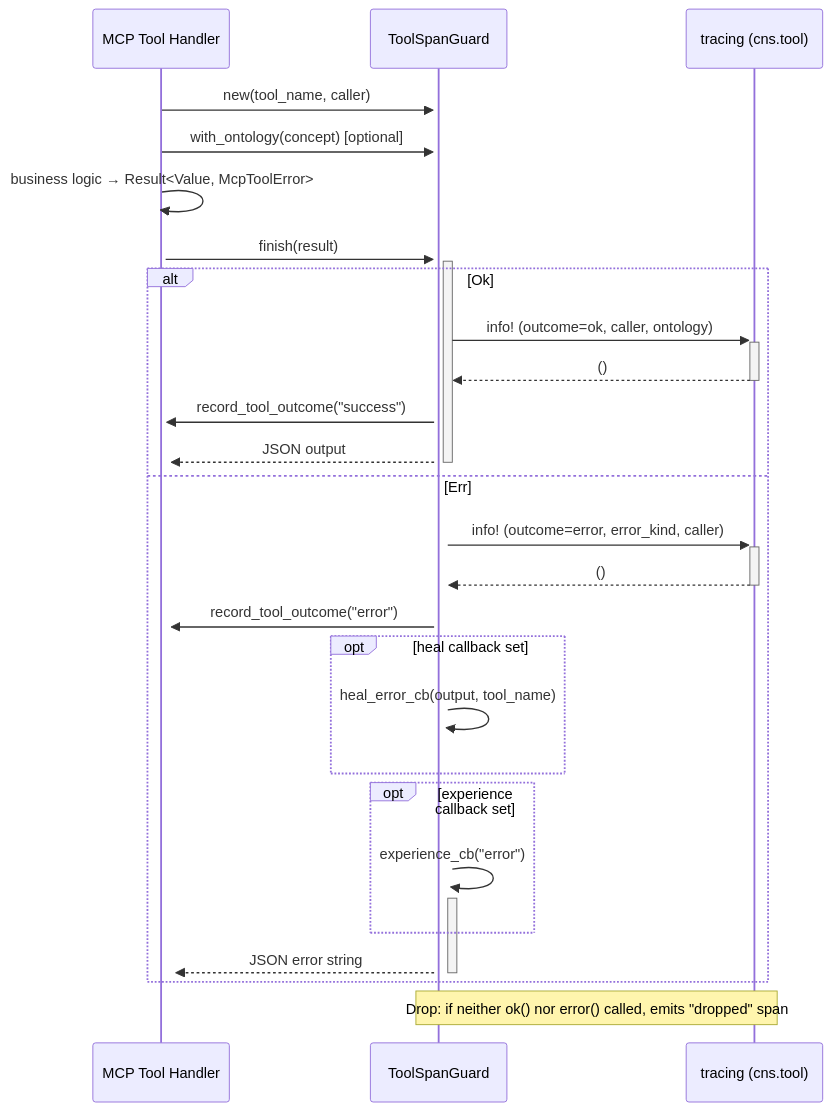
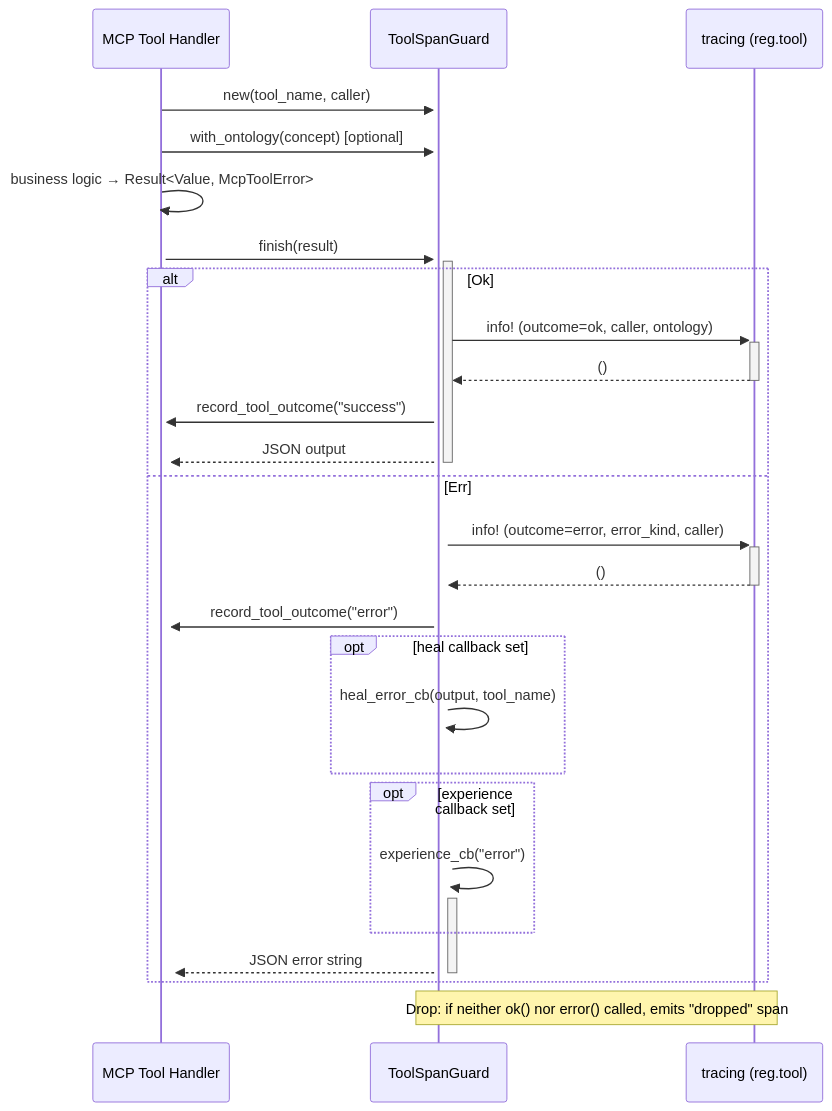
Before and after one commit to mdz-axo/hKask: diagram 13 of 15 in docs/explanation/architecture-patterns.md, drawn with Mermaid. The commit also changed other lines of this file and 68 other files, not shown here.

````diff
--- a/docs/explanation/architecture-patterns.md
+++ b/docs/explanation/architecture-patterns.md
@@ -2096,31 +2096,31 @@
 ```mermaid
 sequenceDiagram
     participant Tool as MCP Tool Handler
     participant Guard as ToolSpanGuard
-    participant Log as tracing (cns.tool)
+    participant Log as tracing (reg.tool)
 
     Tool->>+Guard: new(tool_name, caller)
     Tool->>+Guard: with_ontology(concept) [optional]
     Tool->>+Tool: business logic → Result<Value, McpToolError>
     Tool->>+Guard: finish(result)
 
     alt Ok
         Guard->>+Log: info! (outcome=ok, caller, ontology)
         Log-->>-Guard: ()
         Guard->>+Tool: record_tool_outcome("success")
         Guard-->>-Tool: JSON output
     else Err
         Guard->>+Log: info! (outcome=error, error_kind, caller)
         Log-->>-Guard: ()
         Guard->>+Tool: record_tool_outcome("error")
         opt heal callback set
             Guard->>+Guard: heal_error_cb(output, tool_name)
         end
         opt experience callback set
             Guard->>+Guard: experience_cb("error")
         end
         Guard-->>-Tool: JSON error string
     end
 
     Note over Guard,Log: Drop: if neither ok() nor error() called, emits "dropped" span
 ```
````
